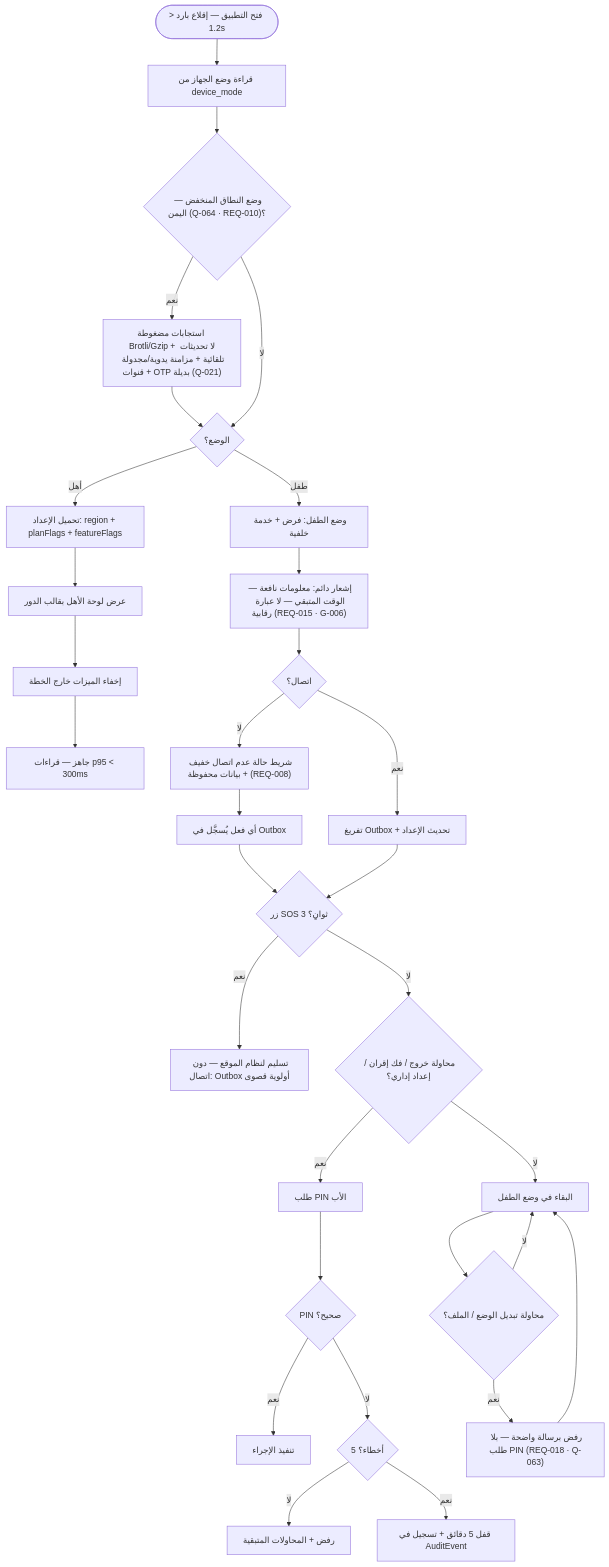
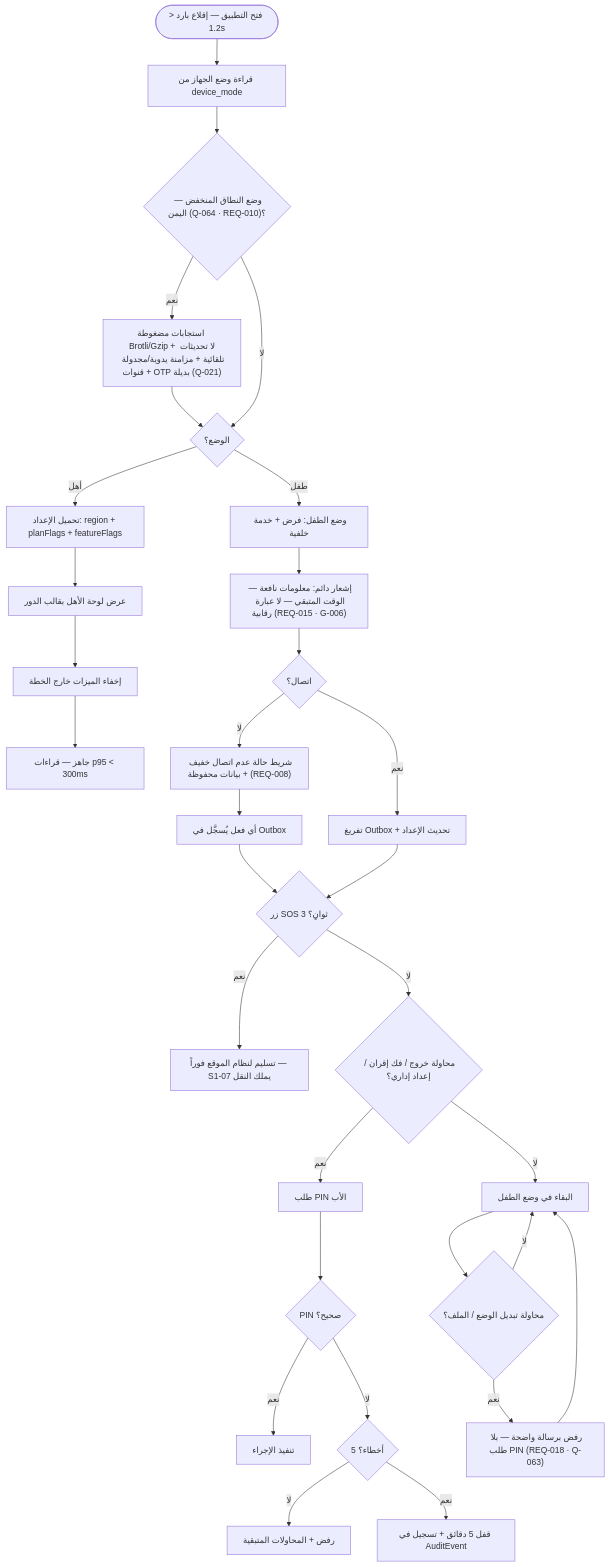
Diagram 11 of 13 in docs/family-os/governance/phases/phase-1/S1-01-app-shell-and-platform/DIAGRAMS.md (Bassam-mohammed-alqaeadi/family-os-v2), drawn with Mermaid before and after one commit. The commit also changed other lines of this file and 13 other files, not shown here.

````diff
--- a/docs/family-os/governance/phases/phase-1/S1-01-app-shell-and-platform/DIAGRAMS.md
+++ b/docs/family-os/governance/phases/phase-1/S1-01-app-shell-and-platform/DIAGRAMS.md
@@ -319,33 +318,33 @@
 ```mermaid
 flowchart TD
     Start([فتح التطبيق — إقلاع بارد < 1.2s]) --> Read[قراءة وضع الجهاز من device_mode]
     Read --> LowBW{"وضع النطاق المنخفض — اليمن (Q-064 · REQ-010)؟"}
     LowBW -->|نعم| Compress["استجابات مضغوطة Brotli/Gzip + لا تحديثات تلقائية + مزامنة يدوية/مجدولة + قنوات OTP بديلة (Q-021)"]
     Compress --> Mode{الوضع؟}
     LowBW -->|لا| Mode
     Mode -->|أهل| Config[تحميل الإعداد: region + planFlags + featureFlags]
     Config --> Render[عرض لوحة الأهل بقالب الدور]
     Render --> Hide[إخفاء الميزات خارج الخطة]
     Hide --> Ready[جاهز — قراءات p95 < 300ms]
     Mode -->|طفل| Child[وضع الطفل: فرض + خدمة خلفية]
     Child --> Notif["إشعار دائم: معلومات نافعة — الوقت المتبقي — لا عبارة رقابية (REQ-015 · G-006)"]
     Notif --> Conn{اتصال؟}
     Conn -->|لا| Banner["شريط حالة عدم اتصال خفيف + بيانات محفوظة (REQ-008)"]
     Banner --> Act[أي فعل يُسجَّل في Outbox]
     Conn -->|نعم| Sync[تفريغ Outbox + تحديث الإعداد]
     Act --> SOS{زر SOS 3 ثوانٍ؟}
     Sync --> SOS
-    SOS -->|نعم| Send[تسليم لنظام الموقع — دون اتصال: Outbox أولوية قصوى]
+    SOS -->|نعم| Send[تسليم لنظام الموقع فوراً — S1-07 يملك النقل]
     SOS -->|لا| Exit{محاولة خروج / فك إقران / إعداد إداري؟}
     Exit -->|نعم| Gate[طلب PIN الأب]
     Gate --> Pin{PIN صحيح؟}
     Pin -->|نعم| Allow[تنفيذ الإجراء]
     Pin -->|لا| Count{5 أخطاء؟}
     Count -->|لا| Retry[رفض + المحاولات المتبقية]
     Count -->|نعم| Lock[قفل 5 دقائق + تسجيل في AuditEvent]
     Exit -->|لا| Stay[البقاء في وضع الطفل]
     Stay --> Switch{محاولة تبديل الوضع / الملف؟}
     Switch -->|نعم| Refuse["رفض برسالة واضحة — بلا طلب PIN (REQ-018 · Q-063)"]
     Refuse --> Stay
     Switch -->|لا| Stay
 ```
````
